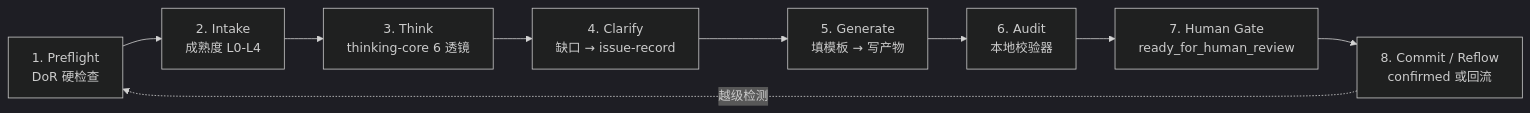
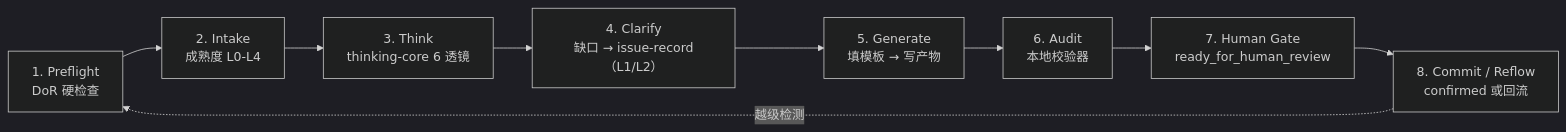
One commit to konwait12/pm-scaffold changed the second of 3 diagrams in README.md. Above: the diagram before and after it, drawn with Mermaid (dark theme). The commit also changed other lines of this file and 139 other files, not shown here.

````diff
--- a/README.md
+++ b/README.md
@@ -326,11 +330,11 @@
 ```mermaid
 flowchart LR
     A[1. Preflight<br/>DoR 硬检查] --> B[2. Intake<br/>成熟度 L0-L4]
     B --> C[3. Think<br/>thinking-core 6 透镜]
-    C --> D[4. Clarify<br/>缺口 → issue-record]
+    C --> D[4. Clarify<br/>缺口 → issue-record（L1/L2）]
     D --> E[5. Generate<br/>填模板 → 写产物]
     E --> F[6. Audit<br/>本地校验器]
     F --> G[7. Human Gate<br/>ready_for_human_review]
     G --> H[8. Commit / Reflow<br/>confirmed 或回流]
     H -.越级检测.-> A
 ```
````
